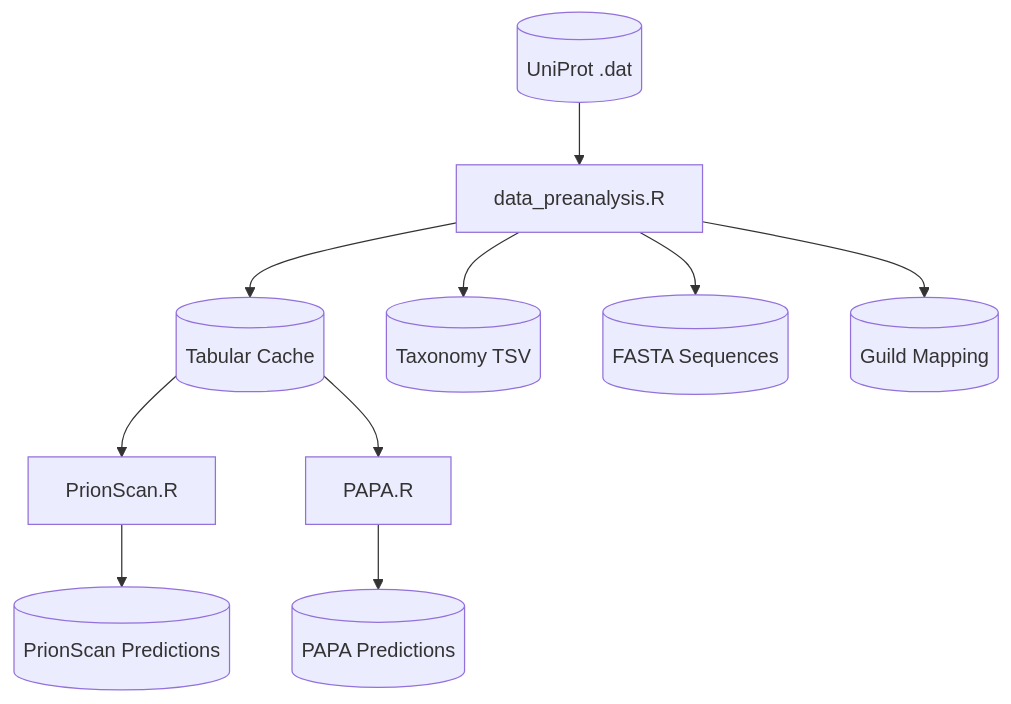
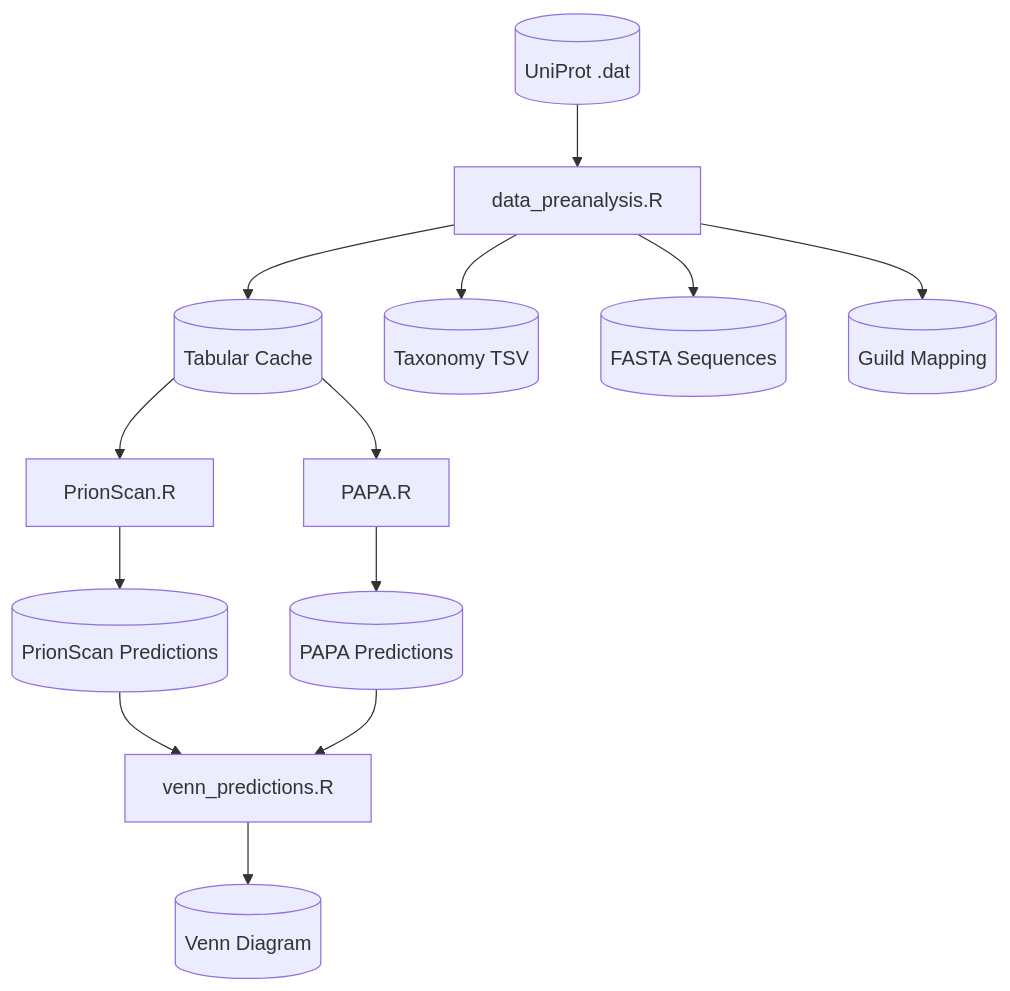
The diagram in README.md (sghignone/prion-prediction-pipeline), drawn with Mermaid before and after one commit. The commit also changed other lines of this file and 3 other files, not shown here.

Commit message:
first commit: Venn_predictions

````diff
--- a/README.md
+++ b/README.md
@@ -141,12 +151,15 @@
 ```mermaid
 flowchart TD
     DAT[("UniProt .dat")] --> S1[data_preanalysis.R]
     S1 --> TSV[("Tabular Cache")]
     S1 --> TAX[("Taxonomy TSV")]
     S1 --> FASTA[("FASTA Sequences")]
     S1 --> GUILD[("Guild Mapping")]
     TSV --> S2[PrionScan.R]
     TSV --> S3[PAPA.R]
     S2 --> PRION[("PrionScan Predictions")]
     S3 --> PAPA_OUT[("PAPA Predictions")]
+    PRION --> VENN[venn_predictions.R]
+    PAPA_OUT --> VENN
+    VENN --> VENN_OUT[("Venn Diagram")]
 ```
````
